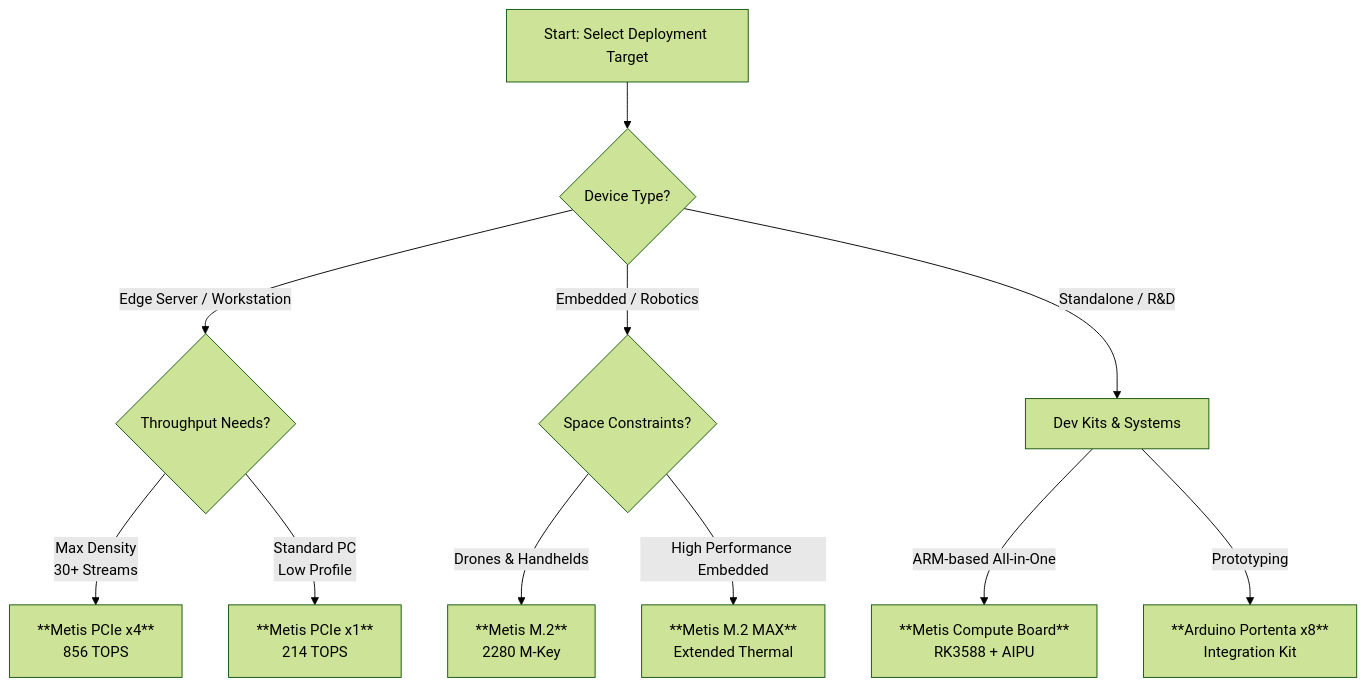
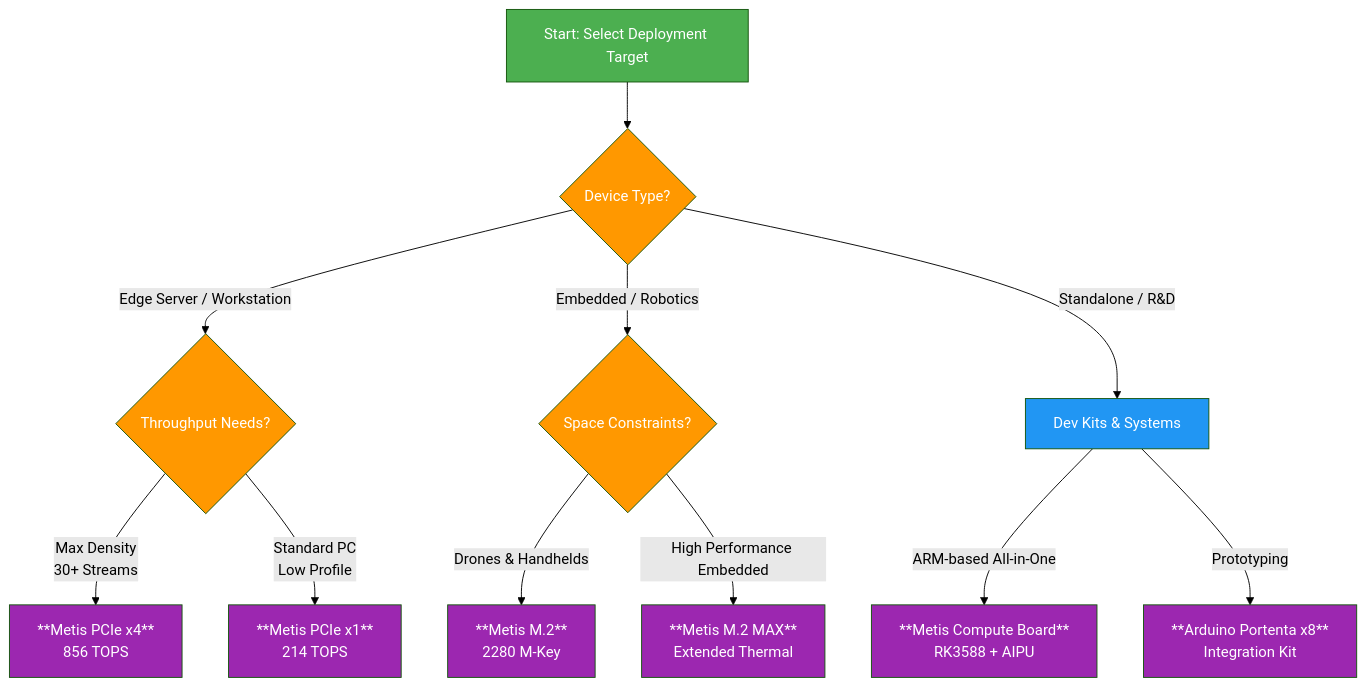
Before and after one commit to medusa717/AI-ULTRALYTICS: the diagram in docs/en/integrations/axelera.md, drawn with Mermaid (forest theme). The commit also changed 18 other files, not shown here.

Commit message:
Standardize Mermaid diagram colors across docs (#24932)

````diff
--- a/docs/en/integrations/axelera.md
+++ b/docs/en/integrations/axelera.md
@@ -19,21 +19,26 @@
 ```mermaid
 graph TD
-    A[Start: Select Deployment Target] --> B{Device Type?}
-    B -->|Edge Server / Workstation| C{Throughput Needs?}
-    B -->|Embedded / Robotics| D{Space Constraints?}
-    B -->|Standalone / R&D| E[Dev Kits & Systems]
+    A[Start: Select Deployment Target]:::start --> B{Device Type?}:::decide
+    B -->|Edge Server / Workstation| C{Throughput Needs?}:::decide
+    B -->|Embedded / Robotics| D{Space Constraints?}:::decide
+    B -->|Standalone / R&D| E[Dev Kits & Systems]:::proc
 
-    C -->|Max Density <br> 30+ Streams| F[**Metis PCIe x4**<br>856 TOPS]
-    C -->|Standard PC <br> Low Profile| G[**Metis PCIe x1**<br>214 TOPS]
+    C -->|Max Density <br> 30+ Streams| F[**Metis PCIe x4**<br>856 TOPS]:::out
+    C -->|Standard PC <br> Low Profile| G[**Metis PCIe x1**<br>214 TOPS]:::out
 
-    D -->|Drones & Handhelds| H[**Metis M.2**<br>2280 M-Key]
-    D -->|High Performance Embedded| I[**Metis M.2 MAX**<br>Extended Thermal]
+    D -->|Drones & Handhelds| H[**Metis M.2**<br>2280 M-Key]:::out
+    D -->|High Performance Embedded| I[**Metis M.2 MAX**<br>Extended Thermal]:::out
 
-    E -->|ARM-based All-in-One| J[**Metis Compute Board**<br>RK3588 + AIPU]
-    E -->|Prototyping| K[**Arduino Portenta x8**<br>Integration Kit]
+    E -->|ARM-based All-in-One| J[**Metis Compute Board**<br>RK3588 + AIPU]:::out
+    E -->|Prototyping| K[**Arduino Portenta x8**<br>Integration Kit]:::out
 
     click F "https://store.axelera.ai/"
     click G "https://store.axelera.ai/"
     click H "https://store.axelera.ai/"
     click J "https://store.axelera.ai/"
+
+    classDef start fill:#4CAF50,color:#fff
+    classDef proc fill:#2196F3,color:#fff
+    classDef decide fill:#FF9800,color:#fff
+    classDef out fill:#9C27B0,color:#fff
 ```
````
